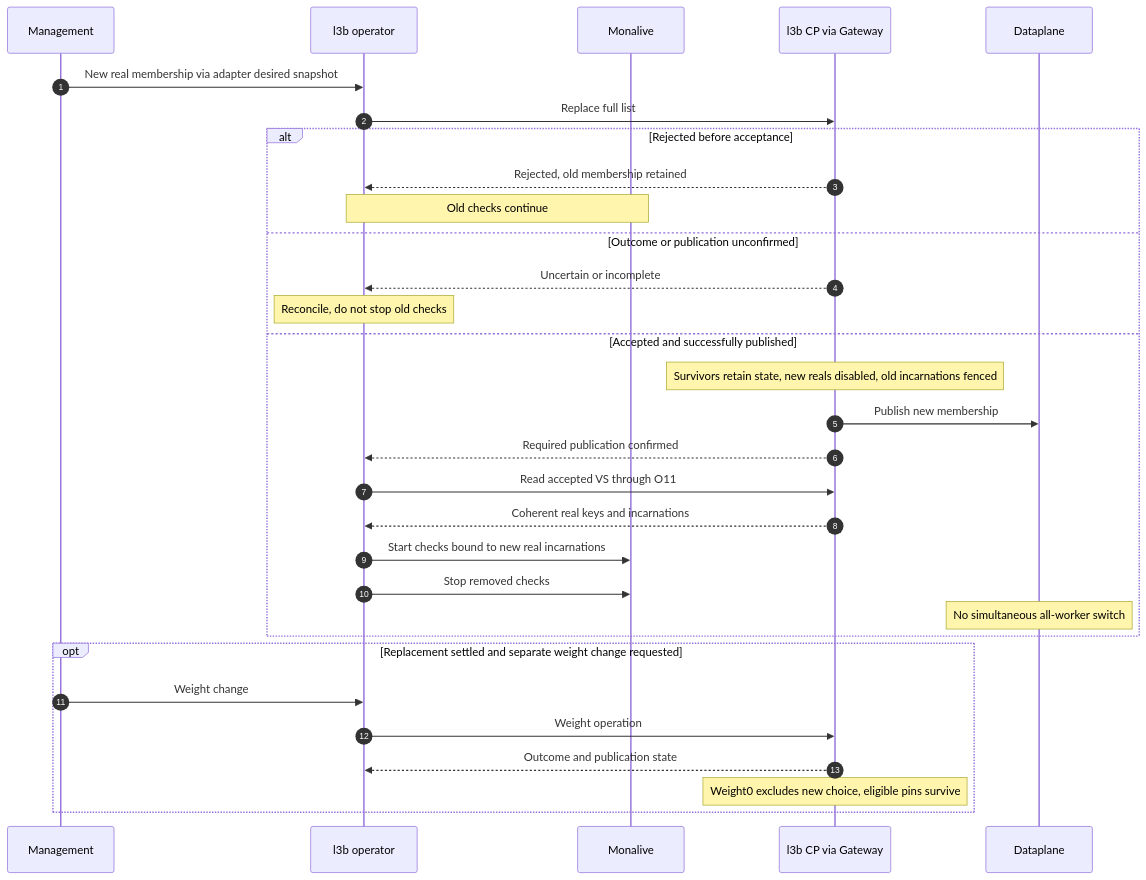
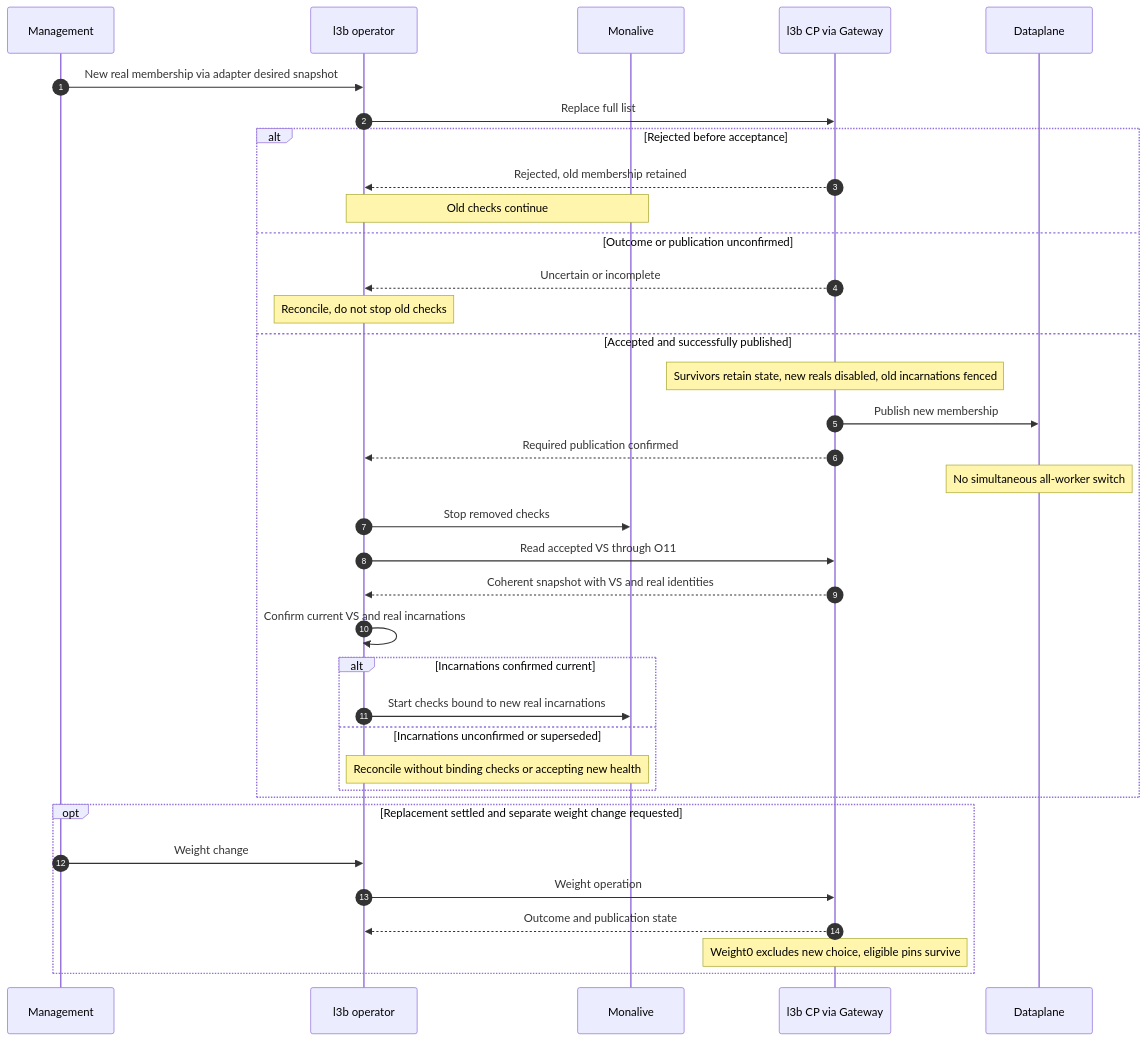
The fourth of 6 diagrams in docs/l3b-operator-overview.md (yanet-platform/yanet2), drawn with Mermaid before and after one commit. The commit also changed other lines of this file and 3 other files, not shown here.

````diff
--- a/docs/l3b-operator-overview.md
+++ b/docs/l3b-operator-overview.md
@@ -425,33 +430,38 @@
 ```mermaid
 sequenceDiagram
     autonumber
     participant M as Management
     participant O as l3b operator
     participant H as Monalive
     participant C as l3b CP via Gateway
     participant W as Dataplane
     M->>O: New real membership via adapter desired snapshot
     O->>C: Replace full list
     alt Rejected before acceptance
         C-->>O: Rejected, old membership retained
         Note over O,H: Old checks continue
     else Outcome or publication unconfirmed
         C-->>O: Uncertain or incomplete
         Note over O: Reconcile, do not stop old checks
     else Accepted and successfully published
         Note over C: Survivors retain state, new reals disabled, old incarnations fenced
         C->>W: Publish new membership
         C-->>O: Required publication confirmed
+        Note over W: No simultaneous all-worker switch
+        O->>H: Stop removed checks
         O->>C: Read accepted VS through O11
-        C-->>O: Coherent real keys and incarnations
-        O->>H: Start checks bound to new real incarnations
-        O->>H: Stop removed checks
-        Note over W: No simultaneous all-worker switch
+        C-->>O: Coherent snapshot with VS and real identities
+        O->>O: Confirm current VS and real incarnations
+        alt Incarnations confirmed current
+            O->>H: Start checks bound to new real incarnations
+        else Incarnations unconfirmed or superseded
+            Note over O,H: Reconcile without binding checks or accepting new health
+        end
     end
     opt Replacement settled and separate weight change requested
         M->>O: Weight change
         O->>C: Weight operation
         C-->>O: Outcome and publication state
         Note over C: Weight0 excludes new choice, eligible pins survive
     end
 ```
````
